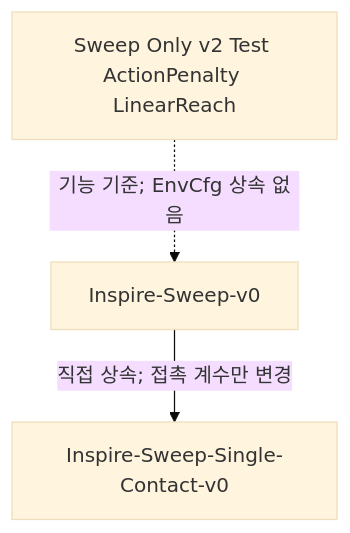
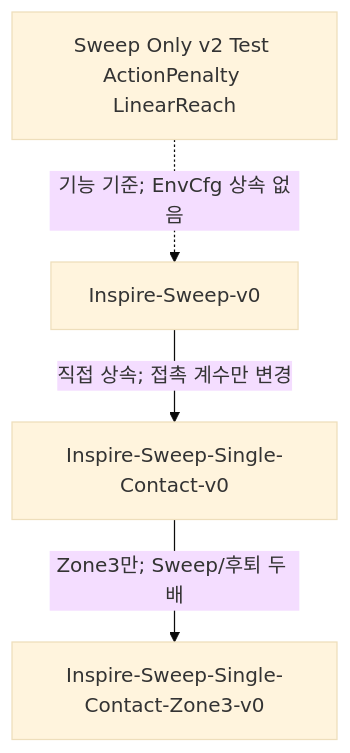
The diagram in 02_implementation/environments/SWEEP_FAMILY.md (7cmdehdrb/Contact-Rich-Manipulation-Context), drawn with Mermaid (base theme) before and after one commit. The commit also changed other lines of this file and 5 other files, not shown here.

Commit message:
docs: add Single Contact Zone3 v0 environment and update related documentation

````diff
--- a/02_implementation/environments/SWEEP_FAMILY.md
+++ b/02_implementation/environments/SWEEP_FAMILY.md
@@ -15,5 +15,6 @@
 ```mermaid
 flowchart TD
     A["Sweep Only v2 Test ActionPenalty LinearReach"] -. "기능 기준; EnvCfg 상속 없음" .-> B["Inspire-Sweep-v0"]
     B -->|"직접 상속; 접촉 계수만 변경"| C["Inspire-Sweep-Single-Contact-v0"]
+    C -->|"Zone3만; Sweep/후퇴 두 배"| D["Inspire-Sweep-Single-Contact-Zone3-v0"]
 ```
````
